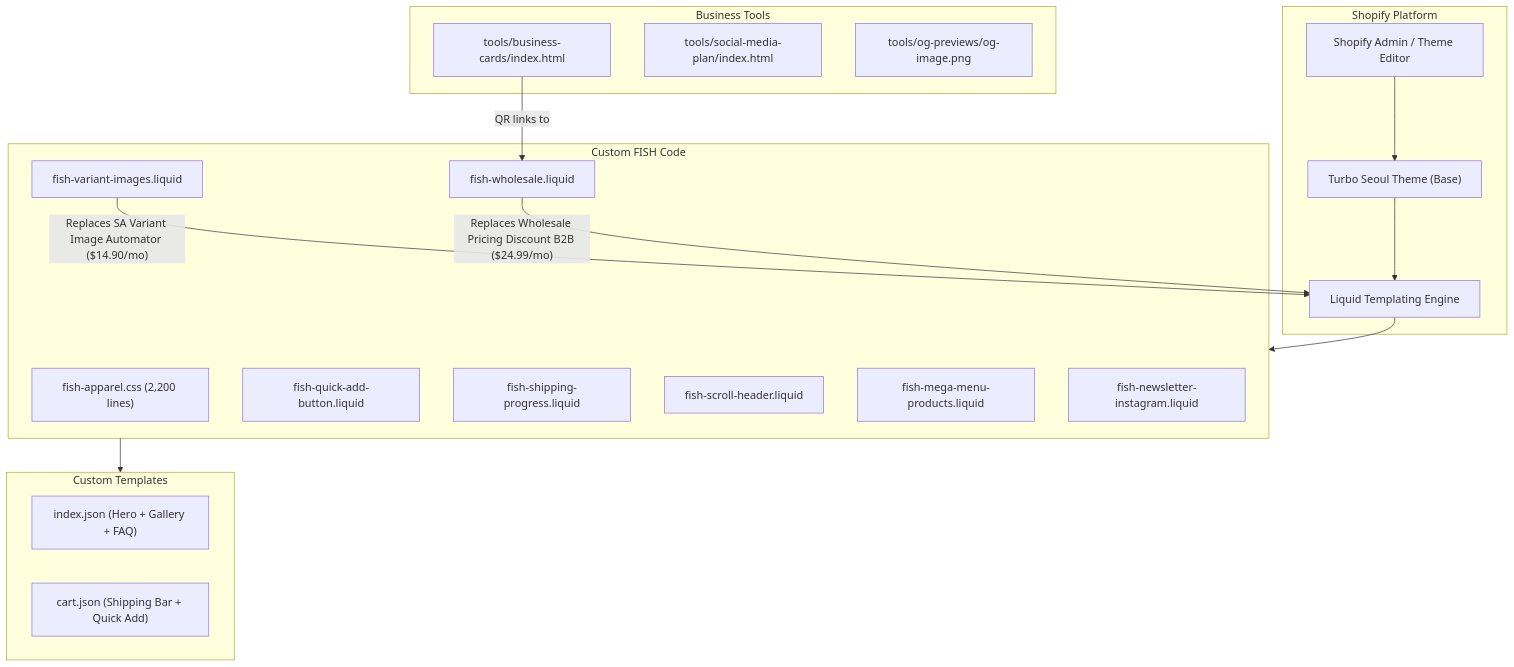
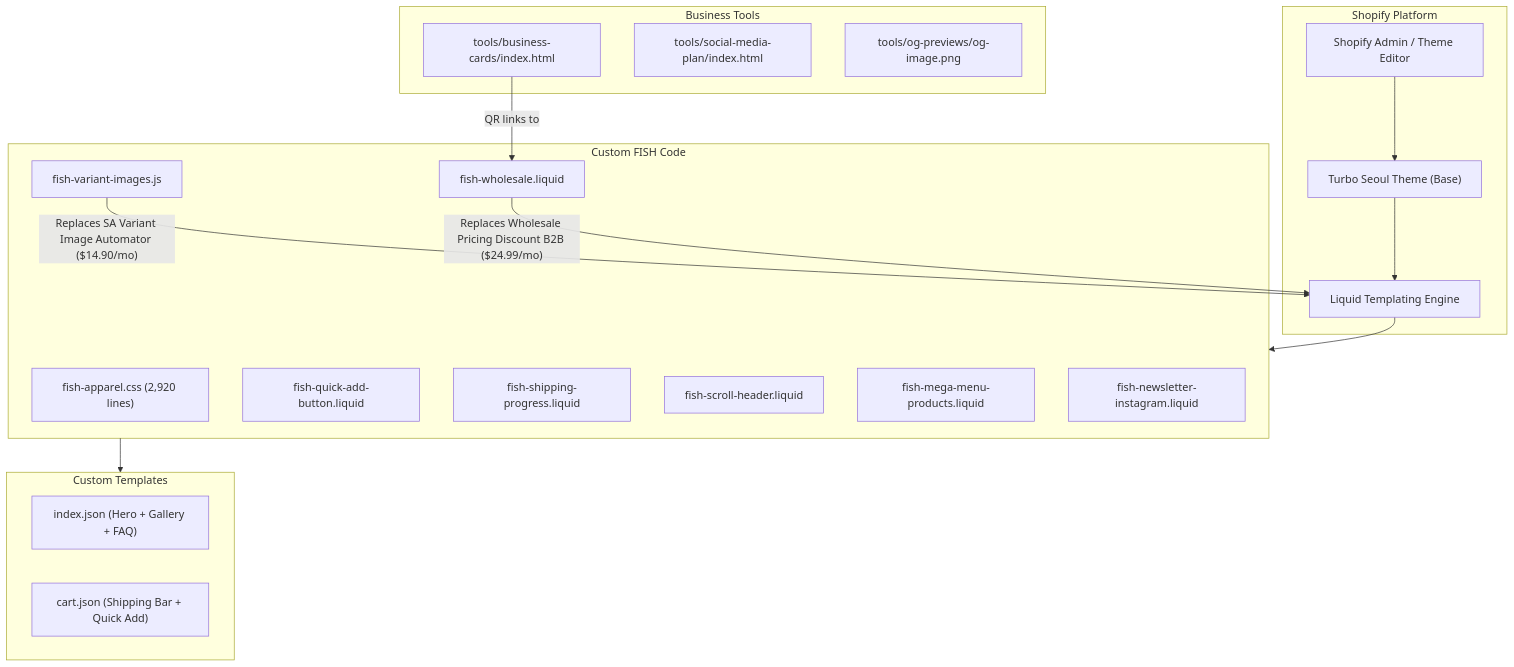
The diagram in public/data/portfolio/FISH-THEME/architecture.md (Technical-1/All-About-Me), drawn with Mermaid before and after one commit. The commit also changed other lines of this file and 3 other files, not shown here.

````diff
--- a/public/data/portfolio/FISH-THEME/architecture.md
+++ b/public/data/portfolio/FISH-THEME/architecture.md
@@ -5,38 +5,38 @@
 ```mermaid
 flowchart TD
     subgraph Shopify["Shopify Platform"]
         Theme["Turbo Seoul Theme (Base)"]
         Liquid["Liquid Templating Engine"]
         Admin["Shopify Admin / Theme Editor"]
     end
 
     subgraph Custom["Custom FISH Code"]
-        CSS["fish-apparel.css (2,200 lines)"]
-        Variants["fish-variant-images.liquid"]
+        CSS["fish-apparel.css (2,920 lines)"]
+        Variants["fish-variant-images.js"]
         Wholesale["fish-wholesale.liquid"]
         QuickAdd["fish-quick-add-button.liquid"]
         Shipping["fish-shipping-progress.liquid"]
         ScrollHeader["fish-scroll-header.liquid"]
         MegaMenu["fish-mega-menu-products.liquid"]
         Newsletter["fish-newsletter-instagram.liquid"]
     end
 
     subgraph Templates["Custom Templates"]
         Homepage["index.json (Hero + Gallery + FAQ)"]
         Cart["cart.json (Shipping Bar + Quick Add)"]
     end
 
     subgraph Tools["Business Tools"]
         BCards["tools/business-cards/index.html"]
         SocialPlan["tools/social-media-plan/index.html"]
         OGImage["tools/og-previews/og-image.png"]
     end
 
     Theme --> Liquid
     Liquid --> Custom
     Admin --> Theme
     Custom --> Templates
     Variants -->|"Replaces SA Variant Image Automator ($14.90/mo)"| Liquid
     Wholesale -->|"Replaces Wholesale Pricing Discount B2B ($24.99/mo)"| Liquid
     BCards -->|"QR links to"| Wholesale
 ```
````
